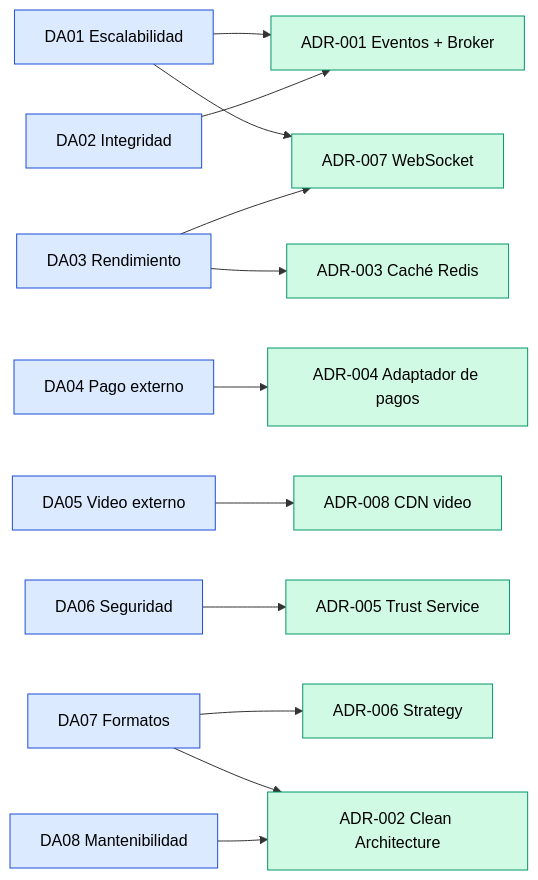
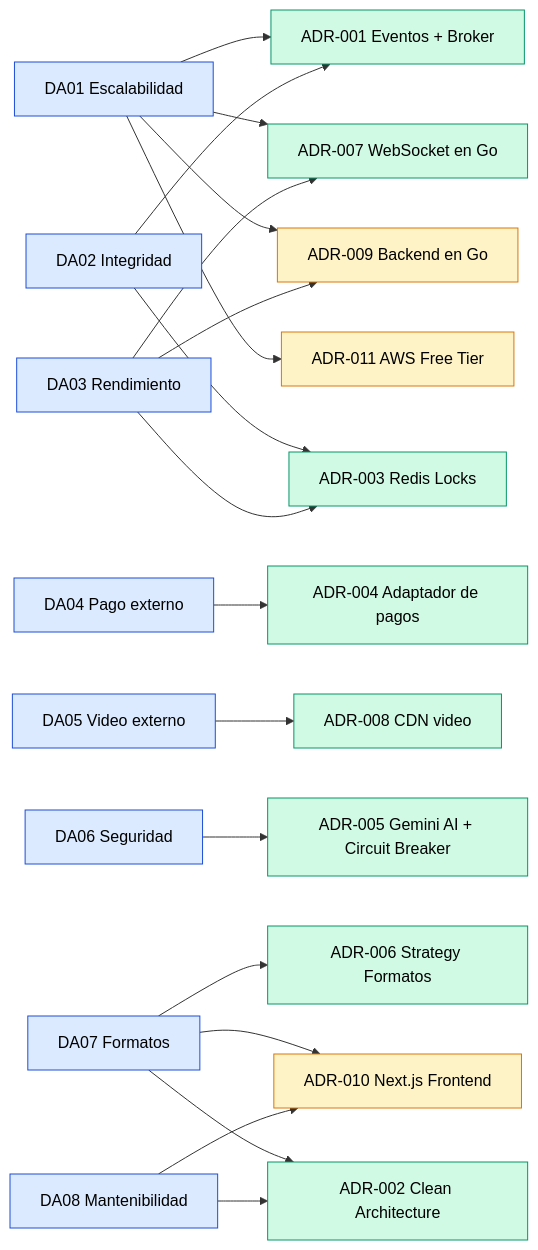
The diagram in docs/01-analisis-de-sistema/07-decisiones-arquitectonicas.md (fxrl01/PlataformaSubastas-arquitSoft-02-Fernando), drawn with Mermaid before and after one commit. The commit also changed other lines of this file and 5 other files, not shown here.

Commit message:
docs(arch): actualizar modelo C4, ADRs y diseno interno a Go, Next.js y AWS Free Tier

````diff
--- a/docs/01-analisis-de-sistema/07-decisiones-arquitectonicas.md
+++ b/docs/01-analisis-de-sistema/07-decisiones-arquitectonicas.md
@@ -22,31 +25,40 @@
 ```mermaid
 flowchart LR
     DA01["DA01 Escalabilidad"] --> ADR001["ADR-001 Eventos + Broker"]
-    DA01 --> ADR007["ADR-007 WebSocket"]
+    DA01 --> ADR007["ADR-007 WebSocket en Go"]
+    DA01 --> ADR009["ADR-009 Backend en Go"]
+    DA01 --> ADR011["ADR-011 AWS Free Tier"]
     DA02["DA02 Integridad"] --> ADR001
-    DA03["DA03 Rendimiento"] --> ADR003["ADR-003 Caché Redis"]
+    DA02 --> ADR003["ADR-003 Redis Locks"]
+    DA03["DA03 Rendimiento"] --> ADR003
     DA03 --> ADR007
+    DA03 --> ADR009
     DA04["DA04 Pago externo"] --> ADR004["ADR-004 Adaptador de pagos"]
     DA05["DA05 Video externo"] --> ADR008["ADR-008 CDN video"]
-    DA06["DA06 Seguridad"] --> ADR005["ADR-005 Trust Service"]
-    DA07["DA07 Formatos"] --> ADR006["ADR-006 Strategy"]
+    DA06["DA06 Seguridad"] --> ADR005["ADR-005 Gemini AI + Circuit Breaker"]
+    DA07["DA07 Formatos"] --> ADR006["ADR-006 Strategy Formatos"]
+    DA07 --> ADR010["ADR-010 Next.js Frontend"]
     DA07 --> ADR002["ADR-002 Clean Architecture"]
     DA08["DA08 Mantenibilidad"] --> ADR002
+    DA08 --> ADR010
 
     style DA01 fill:#DBEAFE,stroke:#1D4ED8,color:#000
     style DA02 fill:#DBEAFE,stroke:#1D4ED8,color:#000
     style DA03 fill:#DBEAFE,stroke:#1D4ED8,color:#000
     style DA04 fill:#DBEAFE,stroke:#1D4ED8,color:#000
     style DA05 fill:#DBEAFE,stroke:#1D4ED8,color:#000
     style DA06 fill:#DBEAFE,stroke:#1D4ED8,color:#000
     style DA07 fill:#DBEAFE,stroke:#1D4ED8,color:#000
     style DA08 fill:#DBEAFE,stroke:#1D4ED8,color:#000
     style ADR001 fill:#D1FAE5,stroke:#059669,color:#000
     style ADR002 fill:#D1FAE5,stroke:#059669,color:#000
     style ADR003 fill:#D1FAE5,stroke:#059669,color:#000
     style ADR004 fill:#D1FAE5,stroke:#059669,color:#000
     style ADR005 fill:#D1FAE5,stroke:#059669,color:#000
     style ADR006 fill:#D1FAE5,stroke:#059669,color:#000
     style ADR007 fill:#D1FAE5,stroke:#059669,color:#000
     style ADR008 fill:#D1FAE5,stroke:#059669,color:#000
+    style ADR009 fill:#FEF3C7,stroke:#D97706,color:#000
+    style ADR010 fill:#FEF3C7,stroke:#D97706,color:#000
+    style ADR011 fill:#FEF3C7,stroke:#D97706,color:#000
 ```
````
